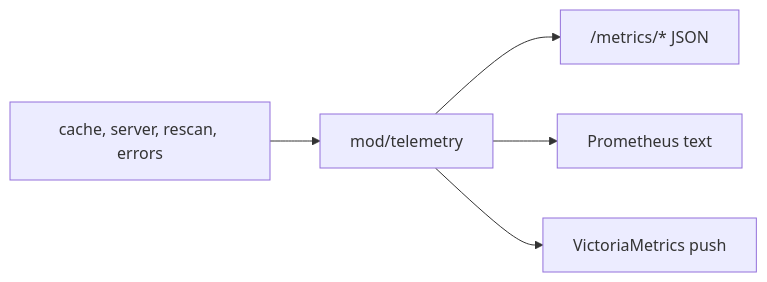
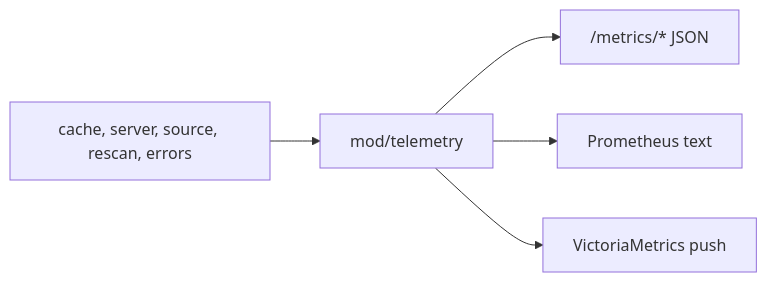
Before and after one commit to voluminor/yggvault: the diagram in mod/telemetry/README.md, drawn with Mermaid. The commit also changed other lines of this file and 145 other files, not shown here.

````diff
--- a/mod/telemetry/README.md
+++ b/mod/telemetry/README.md
@@ -8,7 +8,7 @@
 ```mermaid
 flowchart LR
-  producers["cache, server, rescan, errors"] --> telemetry["mod/telemetry"]
+    producers["cache, server, source, rescan, errors"] --> telemetry["mod/telemetry"]
   telemetry --> json["/metrics/* JSON"]
   telemetry --> prom["Prometheus text"]
   telemetry --> push["VictoriaMetrics push"]
 ```
````
